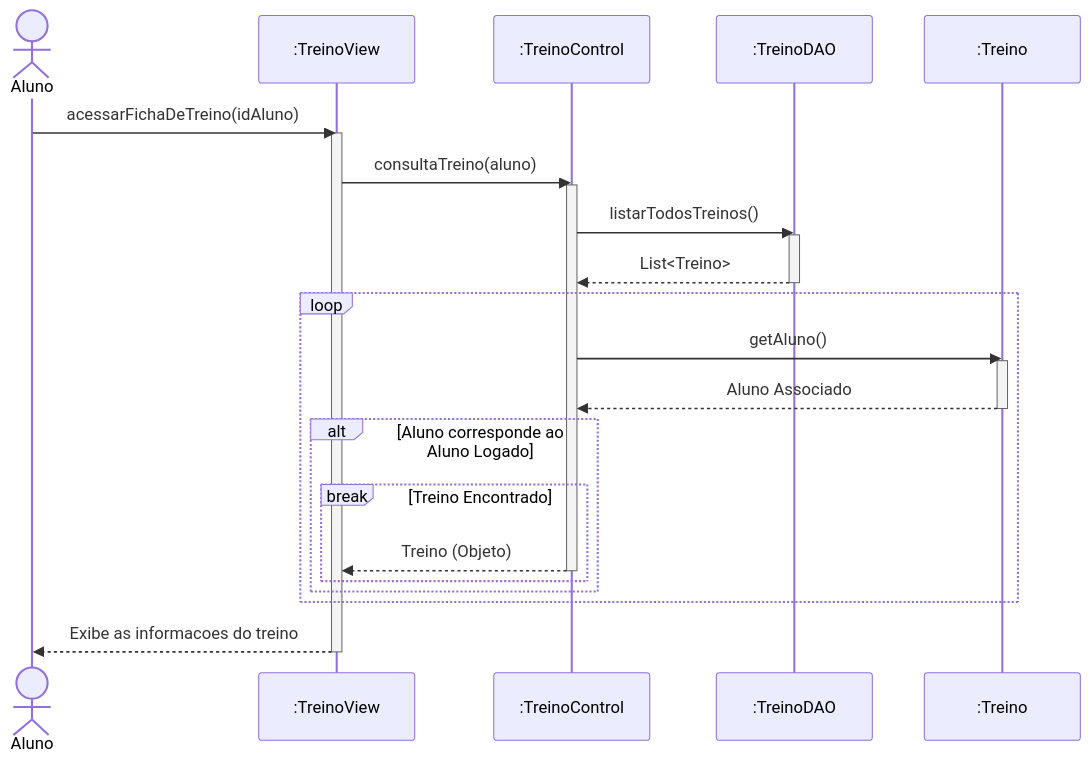
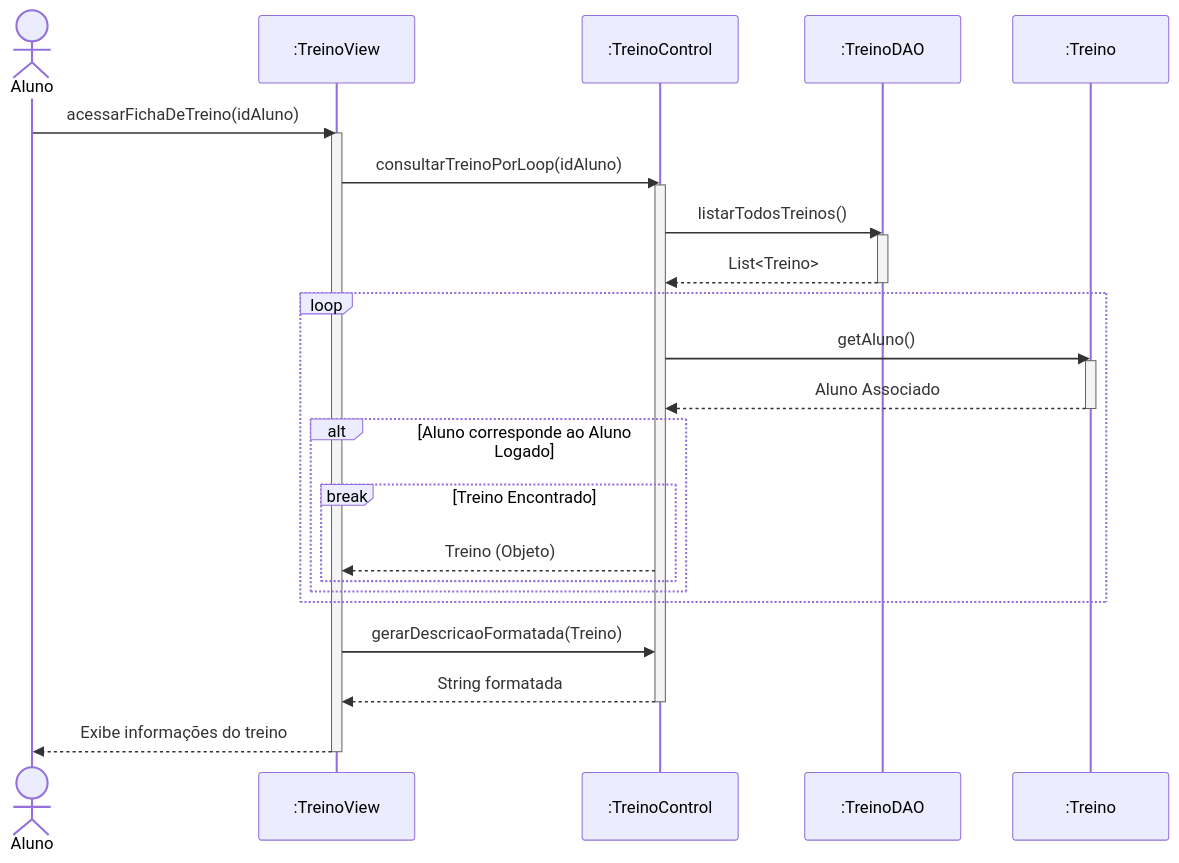
The diagram in Diagramas/DiagramadeSequencia/AlunoConsultarTreino.mmd (binexe1113/OOP---Final), drawn with Mermaid before and after one commit.

```diff
--- a/Diagramas/DiagramadeSequencia/AlunoConsultarTreino.mmd
+++ b/Diagramas/DiagramadeSequencia/AlunoConsultarTreino.mmd
@@ -1,35 +1,37 @@
 sequenceDiagram
     actor A as Aluno
     participant V as :TreinoView
     participant C as :TreinoControl
     participant D as :TreinoDAO
     participant T as :Treino
     
     A->>V: acessarFichaDeTreino(idAluno)
     activate V
     
-    V->>C: consultaTreino(aluno)
+    V->>C: consultarTreinoPorLoop(idAluno)
     activate C
     
     C->>D: listarTodosTreinos()
     activate D
     
     D-->>C: List<Treino>
     deactivate D
     
     loop
         C->>T: getAluno()
         activate T
         T-->>C: Aluno Associado
         deactivate T
         
         alt Aluno corresponde ao Aluno Logado
             break Treino Encontrado
                 C-->>V: Treino (Objeto)
-                deactivate C
             end
         end
     end
     
-    V-->>A: Exibe as informacoes do treino
+    V->>C: gerarDescricaoFormatada(Treino)
+    C-->>V: String formatada
+    deactivate C
+    V-->>A: Exibe informações do treino
     deactivate V
```
